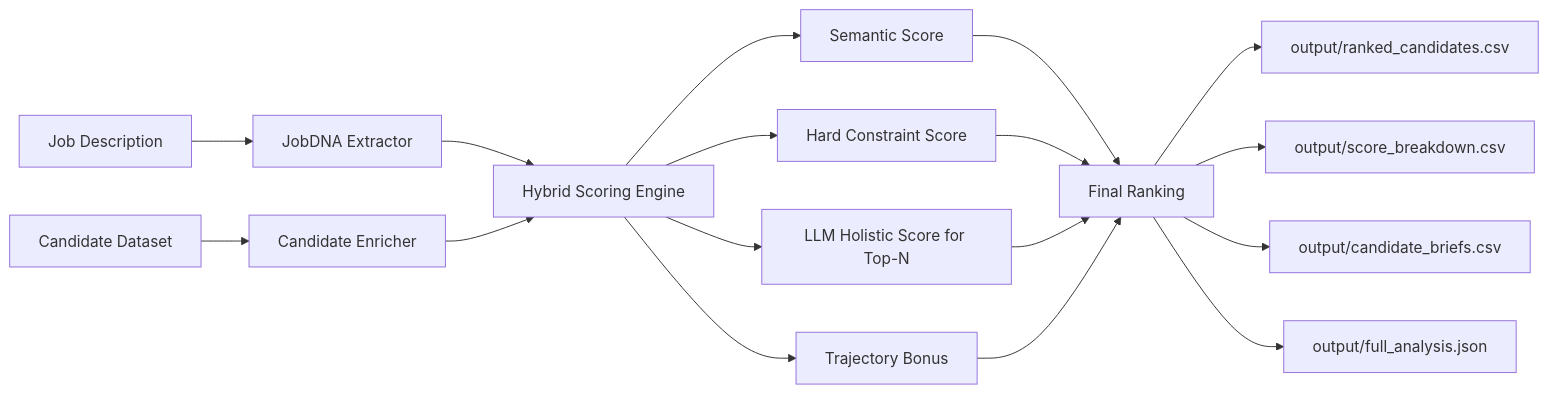
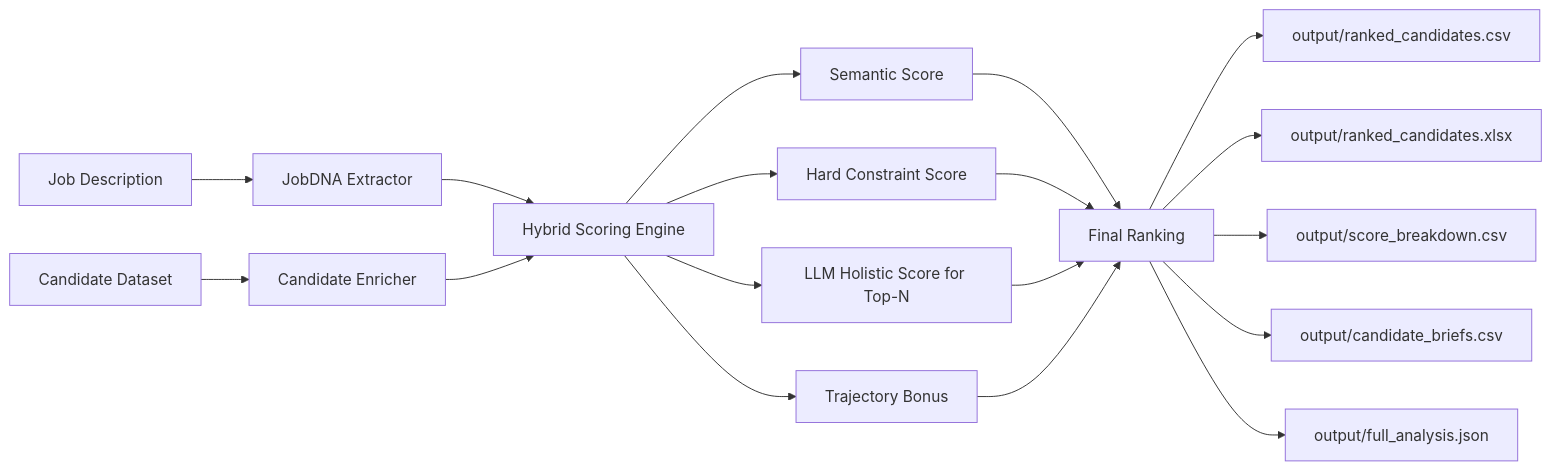
Before and after one commit to dhanushshetty-17/RoleFit-Intelligence: the diagram in README.md, drawn with Mermaid. The commit also changed other lines of this file and 1 other file, not shown here.

````diff
--- a/README.md
+++ b/README.md
@@ -35,23 +35,24 @@
 ```mermaid
 flowchart LR
         JD[Job Description] --> DNA[JobDNA Extractor]
         CAND[Candidate Dataset] --> ENR[Candidate Enricher]
 
         DNA --> SCORE[Hybrid Scoring Engine]
         ENR --> SCORE
 
         SCORE --> SEM[Semantic Score]
         SCORE --> HARD[Hard Constraint Score]
         SCORE --> LLM[LLM Holistic Score for Top-N]
         SCORE --> TRAJ[Trajectory Bonus]
 
         SEM --> FINAL[Final Ranking]
         HARD --> FINAL
         LLM --> FINAL
         TRAJ --> FINAL
 
         FINAL --> O1[output/ranked_candidates.csv]
+        FINAL --> O1X[output/ranked_candidates.xlsx]
         FINAL --> O2[output/score_breakdown.csv]
         FINAL --> O3[output/candidate_briefs.csv]
         FINAL --> O4[output/full_analysis.json]
 ```
````
